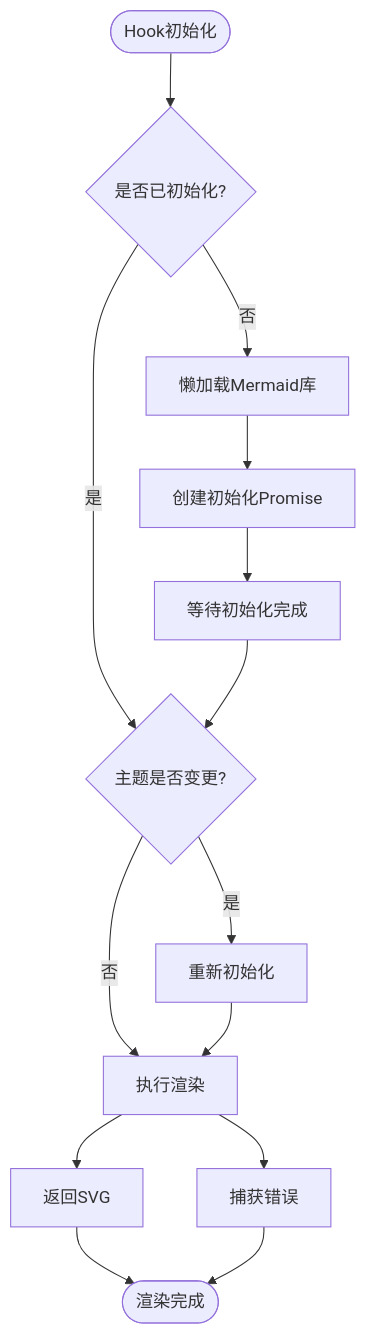
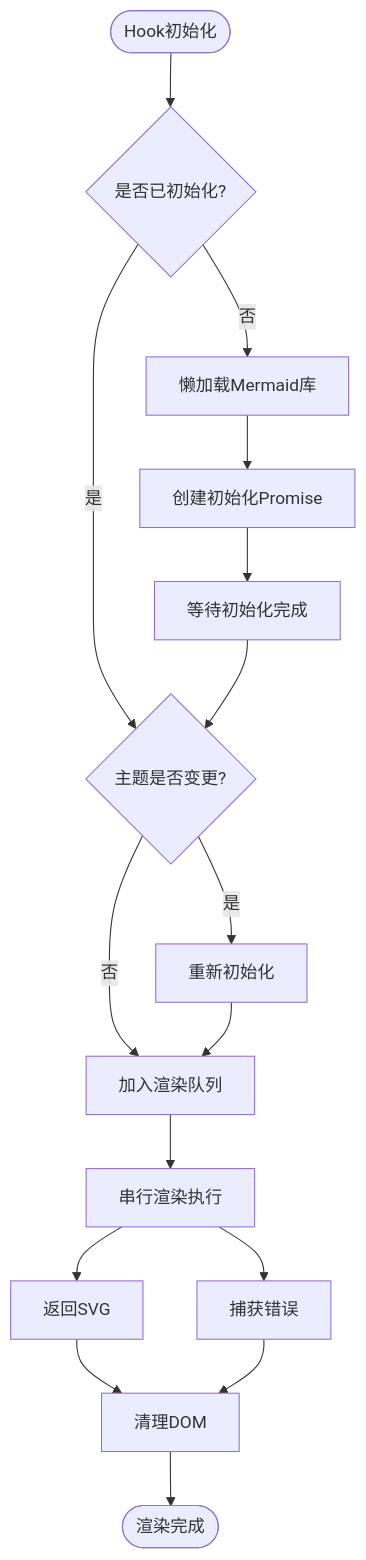
One commit to WW-AI-Lab/openclaw-office changed the third of 5 diagrams in .qoder/repowiki/zh/content/自定义Hooks/Mermaid图表渲染Hook.md. Above: the diagram before and after it, drawn with Mermaid. The commit also changed other lines of this file and 36 other files, not shown here.

````diff
--- a/.qoder/repowiki/zh/content/自定义Hooks/Mermaid图表渲染Hook.md
+++ b/.qoder/repowiki/zh/content/自定义Hooks/Mermaid图表渲染Hook.md
@@ -139,16 +155,18 @@
 ```mermaid
 flowchart TD
 Start([Hook初始化]) --> CheckInit{是否已初始化?}
 CheckInit --> |否| LazyLoad[懒加载Mermaid库]
 CheckInit --> |是| CheckTheme{主题是否变更?}
 LazyLoad --> InitPromise[创建初始化Promise]
 InitPromise --> WaitInit[等待初始化完成]
 WaitInit --> CheckTheme
 CheckTheme --> |是| Reinit[重新初始化]
-CheckTheme --> |否| RenderChart[执行渲染]
-Reinit --> RenderChart
-RenderChart --> Success[返回SVG]
-RenderChart --> Error[捕获错误]
-Success --> End([渲染完成])
-Error --> End
+CheckTheme --> |否| EnqueueRender[加入渲染队列]
+Reinit --> EnqueueRender
+EnqueueRender --> SerialRender[串行渲染执行]
+SerialRender --> Success[返回SVG]
+SerialRender --> Error[捕获错误]
+Success --> Cleanup[清理DOM]
+Cleanup --> End([渲染完成])
+Error --> Cleanup
 ```
````
